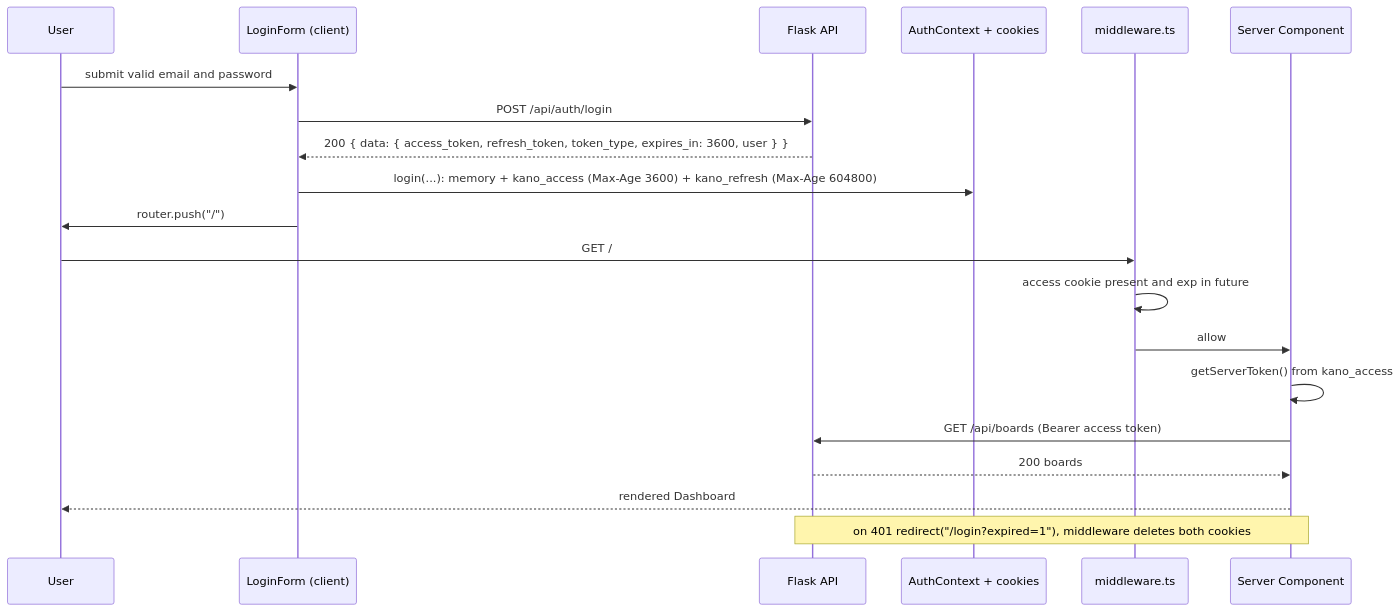
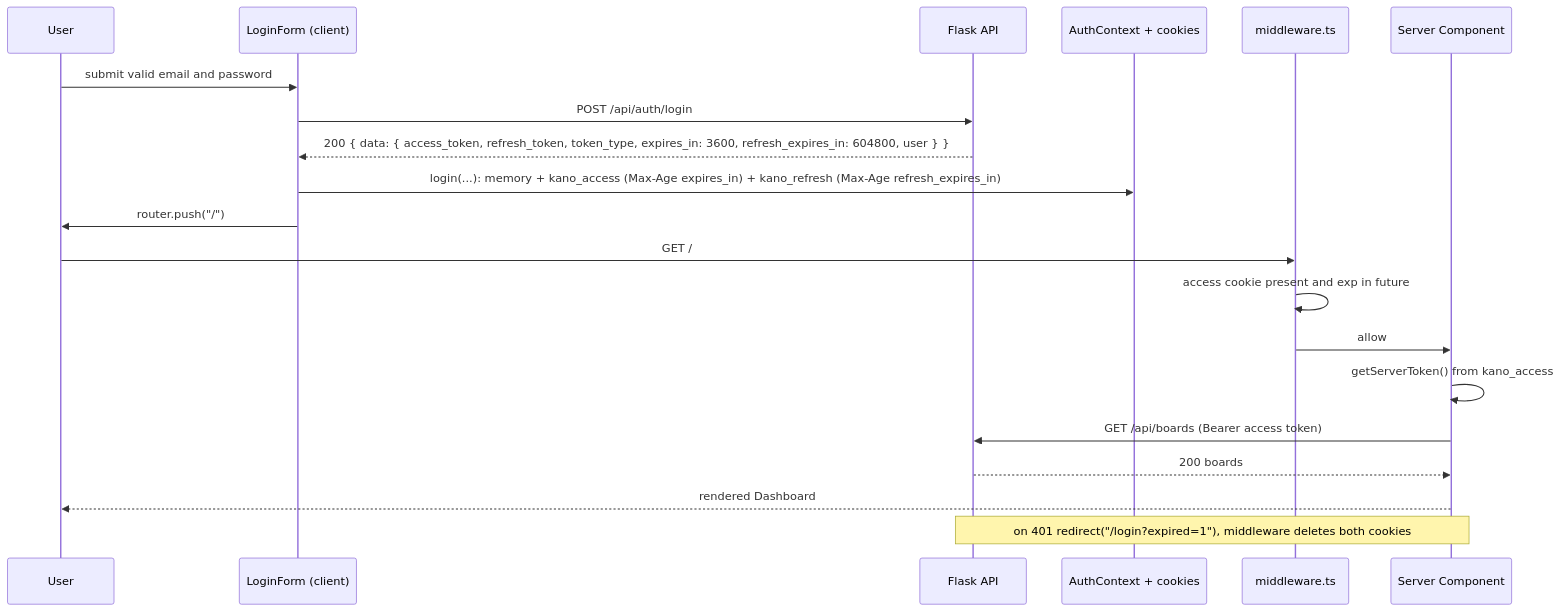
One commit to Revou-FSSE-Jun26/module-4-jonathanchristian changed the fourth of 9 diagrams in .kiro/specs/kano/design.md. Above: the diagram before and after it, drawn with Mermaid. The commit also changed other lines of this file and 2 other files, not shown here.

````diff
--- a/.kiro/specs/kano/design.md
+++ b/.kiro/specs/kano/design.md
@@ -469,22 +471,22 @@
 ```mermaid
 sequenceDiagram
     participant U as User
     participant LF as LoginForm (client)
     participant API as Flask API
     participant AC as AuthContext + cookies
     participant MW as middleware.ts
     participant SC as Server Component
     U->>LF: submit valid email and password
     LF->>API: POST /api/auth/login
-    API-->>LF: 200 { data: { access_token, refresh_token, token_type, expires_in: 3600, user } }
-    LF->>AC: login(...): memory + kano_access (Max-Age 3600) + kano_refresh (Max-Age 604800)
+    API-->>LF: 200 { data: { access_token, refresh_token, token_type, expires_in: 3600, refresh_expires_in: 604800, user } }
+    LF->>AC: login(...): memory + kano_access (Max-Age expires_in) + kano_refresh (Max-Age refresh_expires_in)
     LF->>U: router.push("/")
     U->>MW: GET /
     MW->>MW: access cookie present and exp in future
     MW->>SC: allow
     SC->>SC: getServerToken() from kano_access
     SC->>API: GET /api/boards (Bearer access token)
     API-->>SC: 200 boards
     SC-->>U: rendered Dashboard
     Note over SC,API: on 401 redirect("/login?expired=1"), middleware deletes both cookies
 ```
````
